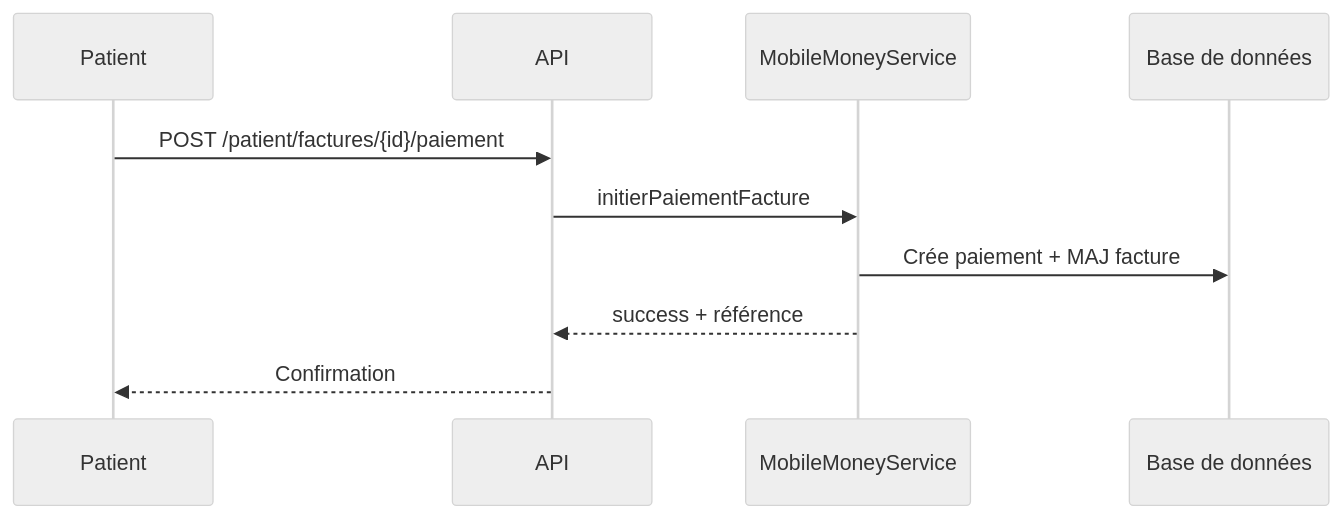
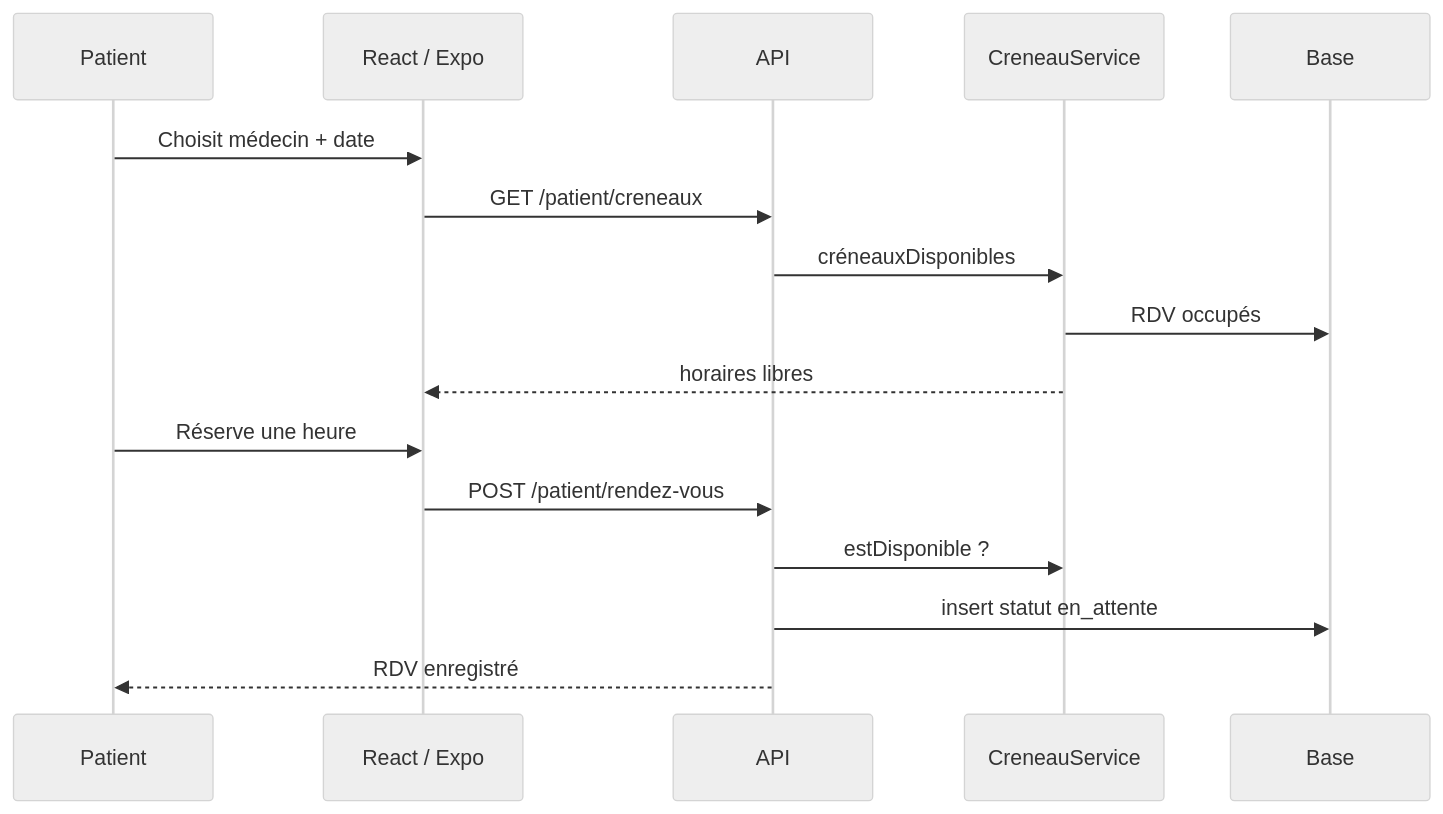
Before and after one commit to Exauce09/TFC-ENGWELE: the eighth of 9 diagrams in docs/CHAPITRE_3_ANALYSE_CONCEPTION.md, drawn with Mermaid (neutral theme). The commit also changed other lines of this file and 87 other files, not shown here.

First line of the commit message:
Finaliser le parcours arrivee-traitement, RDV creneaux/rappels, et Chapitre III Word.

````diff
--- a/docs/CHAPITRE_3_ANALYSE_CONCEPTION.md
+++ b/docs/CHAPITRE_3_ANALYSE_CONCEPTION.md
@@ -334,13 +421,19 @@
 ```mermaid
 sequenceDiagram
-    participant P as Patient
-    participant API as API
-    participant MM as MobileMoneyService
-    participant DB as Base de données
+  participant Pat as Patient
+  participant WEB as React / Expo
+  participant API as API
+  participant CR as CreneauService
+  participant DB as Base
 
-    P->>API: POST /patient/factures/{id}/paiement
-    API->>MM: initierPaiementFacture
-    MM->>DB: Crée paiement + MAJ facture
-    MM-->>API: success + référence
-    API-->>P: Confirmation
+  Pat->>WEB: Choisit médecin + date
+  WEB->>API: GET /patient/creneaux
+  API->>CR: créneauxDisponibles
+  CR->>DB: RDV occupés
+  CR-->>WEB: horaires libres
+  Pat->>WEB: Réserve une heure
+  WEB->>API: POST /patient/rendez-vous
+  API->>CR: estDisponible ?
+  API->>DB: insert statut en_attente
+  API-->>Pat: RDV enregistré
 ```
````
